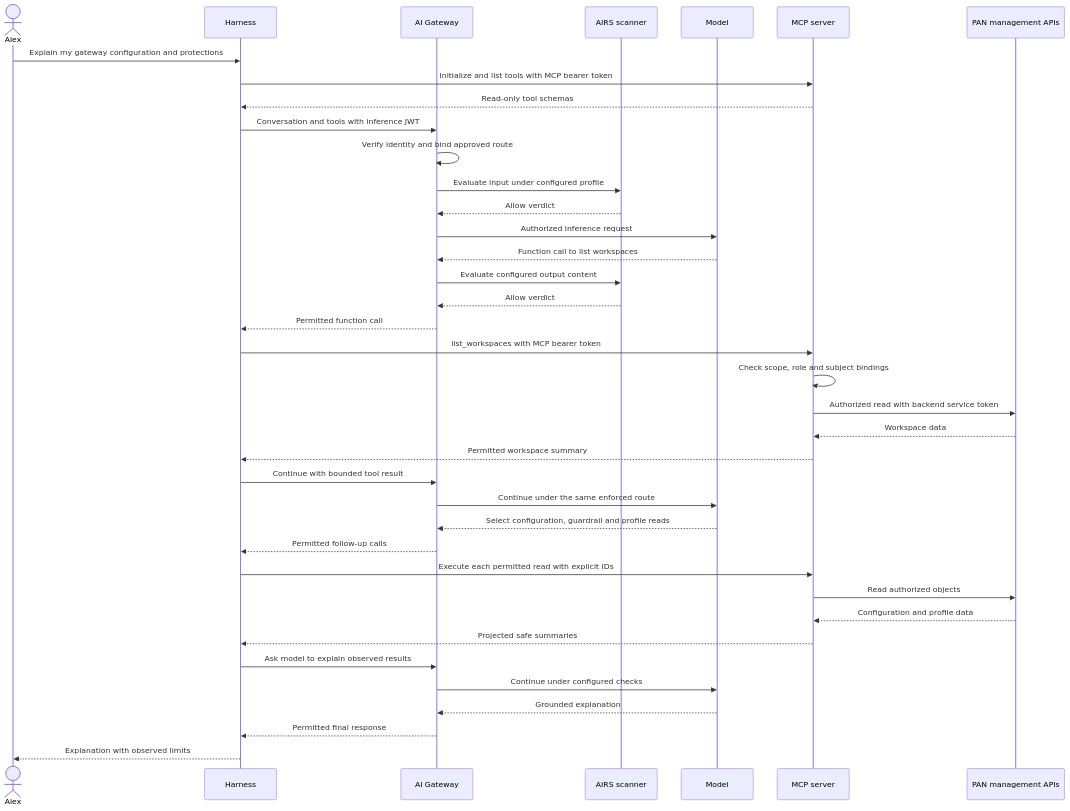
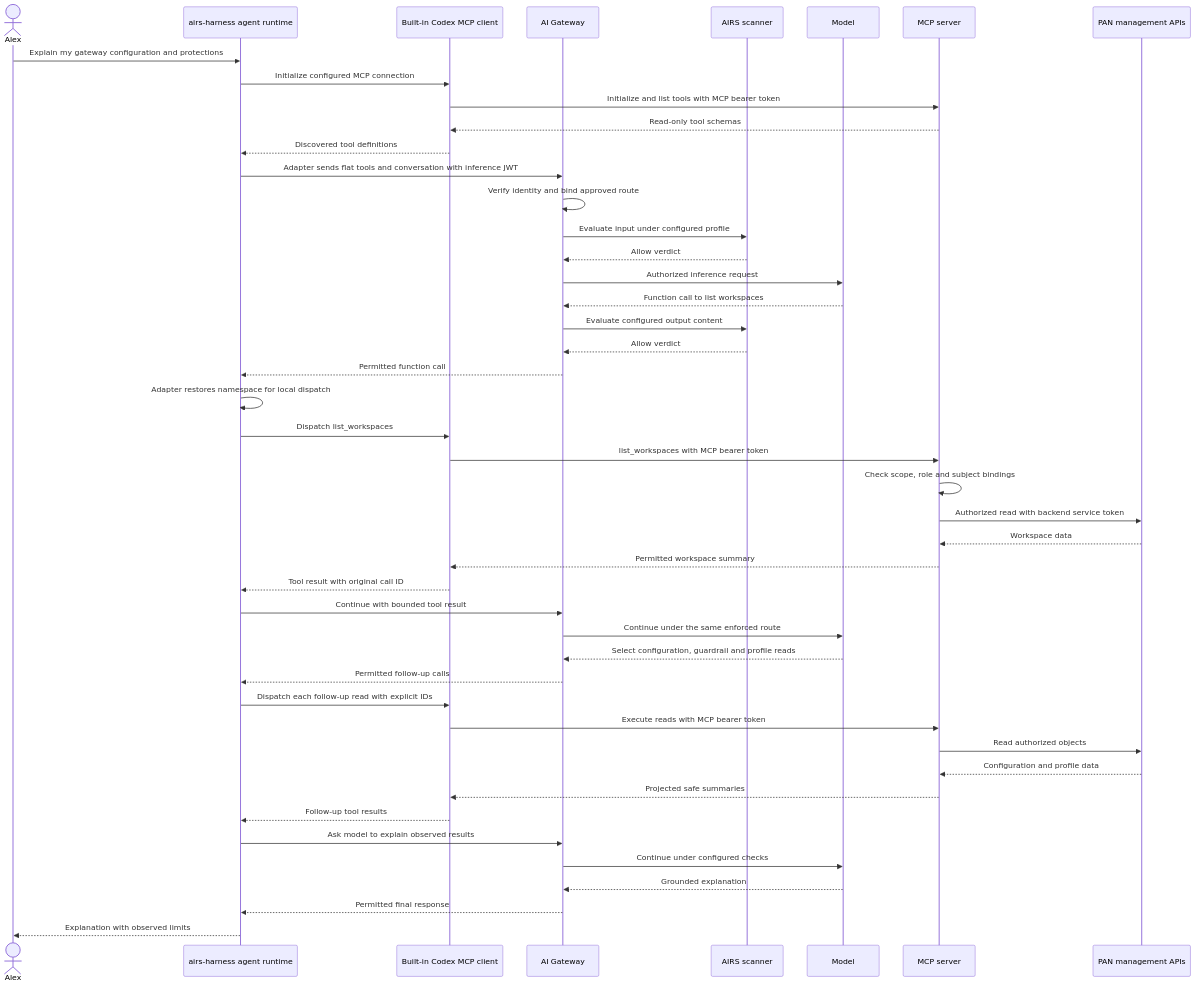
One commit to cdot65/prisma-airs-reference-architecture changed the diagram in docs/walkthrough.md. Above: the diagram before and after it, drawn with Mermaid. The commit also changed other lines of this file and 9 other files, not shown here.

Commit message:
Clarify built-in MCP client and separate remote service architecture

````diff
--- a/docs/walkthrough.md
+++ b/docs/walkthrough.md
@@ -13,42 +13,50 @@
 ```mermaid
 sequenceDiagram
     accTitle: One question from login prerequisites to grounded answer
     accDescr: The harness discovers tools, sends the question through inference policy, executes model-selected authorized MCP reads, and submits their bounded results for a final explanation.
     actor alex as Alex
-    participant harness as Harness
+    participant harness as airs-harness agent runtime
+    participant client as Built-in Codex MCP client
     participant gateway as AI Gateway
     participant scanner as AIRS scanner
     participant model as Model
     participant mcp as MCP server
     participant management as PAN management APIs
     alex->>harness: Explain my gateway configuration and protections
-    harness->>mcp: Initialize and list tools with MCP bearer token
-    mcp-->>harness: Read-only tool schemas
-    harness->>gateway: Conversation and tools with inference JWT
+    harness->>client: Initialize configured MCP connection
+    client->>mcp: Initialize and list tools with MCP bearer token
+    mcp-->>client: Read-only tool schemas
+    client-->>harness: Discovered tool definitions
+    harness->>gateway: Adapter sends flat tools and conversation with inference JWT
     gateway->>gateway: Verify identity and bind approved route
     gateway->>scanner: Evaluate input under configured profile
     scanner-->>gateway: Allow verdict
     gateway->>model: Authorized inference request
     model-->>gateway: Function call to list workspaces
     gateway->>scanner: Evaluate configured output content
     scanner-->>gateway: Allow verdict
     gateway-->>harness: Permitted function call
-    harness->>mcp: list_workspaces with MCP bearer token
+    harness->>harness: Adapter restores namespace for local dispatch
+    harness->>client: Dispatch list_workspaces
+    client->>mcp: list_workspaces with MCP bearer token
     mcp->>mcp: Check scope, role and subject bindings
     mcp->>management: Authorized read with backend service token
     management-->>mcp: Workspace data
-    mcp-->>harness: Permitted workspace summary
+    mcp-->>client: Permitted workspace summary
+    client-->>harness: Tool result with original call ID
     harness->>gateway: Continue with bounded tool result
     gateway->>model: Continue under the same enforced route
     model-->>gateway: Select configuration, guardrail and profile reads
     gateway-->>harness: Permitted follow-up calls
-    harness->>mcp: Execute each permitted read with explicit IDs
+    harness->>client: Dispatch each follow-up read with explicit IDs
+    client->>mcp: Execute reads with MCP bearer token
     mcp->>management: Read authorized objects
     management-->>mcp: Configuration and profile data
-    mcp-->>harness: Projected safe summaries
+    mcp-->>client: Projected safe summaries
+    client-->>harness: Follow-up tool results
     harness->>gateway: Ask model to explain observed results
     gateway->>model: Continue under configured checks
     model-->>gateway: Grounded explanation
     gateway-->>harness: Permitted final response
     harness-->>alex: Explanation with observed limits
 ```
````
